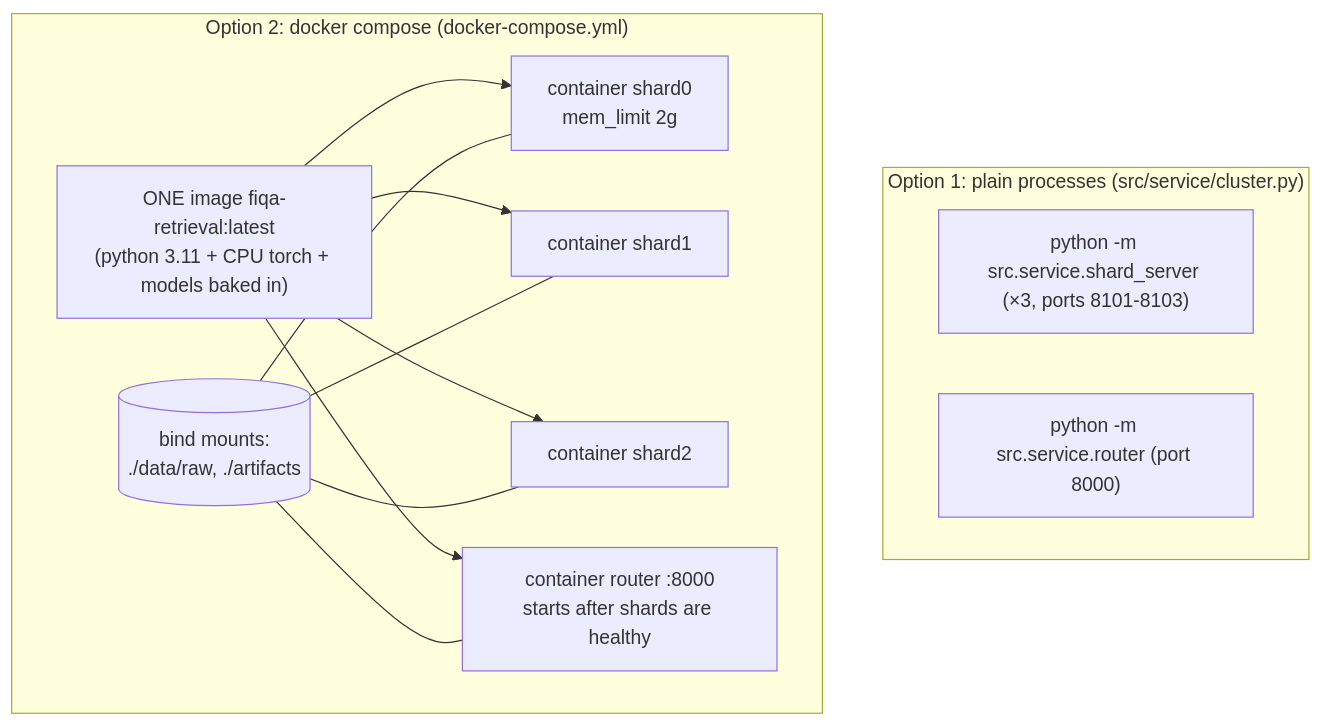
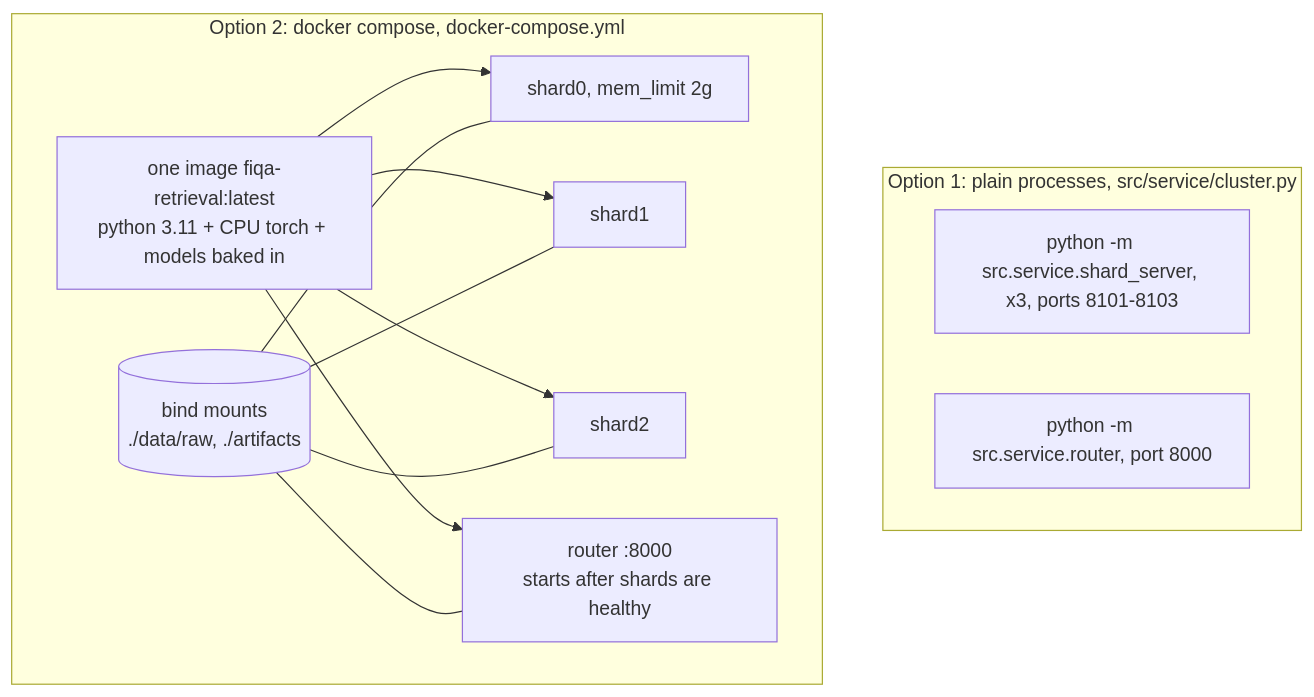
One commit to node31/fiqa-agentic-retrieval changed the eighth of 8 diagrams in docs/from_zero/07_part_b_distributed.md. Above: the diagram before and after it, drawn with Mermaid. The commit also changed other lines of this file and 9 other files, not shown here.

````diff
--- a/docs/from_zero/07_part_b_distributed.md
+++ b/docs/from_zero/07_part_b_distributed.md
@@ -468,15 +314,15 @@
 ```mermaid
 flowchart TB
-    subgraph P["Option 1: plain processes (src/service/cluster.py)"]
-      P1["python -m src.service.shard_server (×3, ports 8101-8103)"]
-      P2["python -m src.service.router (port 8000)"]
+    subgraph P["Option 1: plain processes, src/service/cluster.py"]
+      P1["python -m src.service.shard_server, x3, ports 8101-8103"]
+      P2["python -m src.service.router, port 8000"]
     end
-    subgraph D["Option 2: docker compose (docker-compose.yml)"]
-      I["ONE image fiqa-retrieval:latest<br/>(python 3.11 + CPU torch + models baked in)"]
-      I --> DS0["container shard0<br/>mem_limit 2g"]
-      I --> DS1["container shard1"]
-      I --> DS2["container shard2"]
-      I --> DR["container router :8000<br/>starts after shards are healthy"]
-      V[("bind mounts:<br/>./data/raw, ./artifacts")] --- DS0 & DS1 & DS2 & DR
+    subgraph D["Option 2: docker compose, docker-compose.yml"]
+      I["one image fiqa-retrieval:latest<br/>python 3.11 + CPU torch + models baked in"]
+      I --> DS0["shard0, mem_limit 2g"]
+      I --> DS1["shard1"]
+      I --> DS2["shard2"]
+      I --> DR["router :8000<br/>starts after shards are healthy"]
+      V[("bind mounts<br/>./data/raw, ./artifacts")] --- DS0 & DS1 & DS2 & DR
     end
 ```
````
